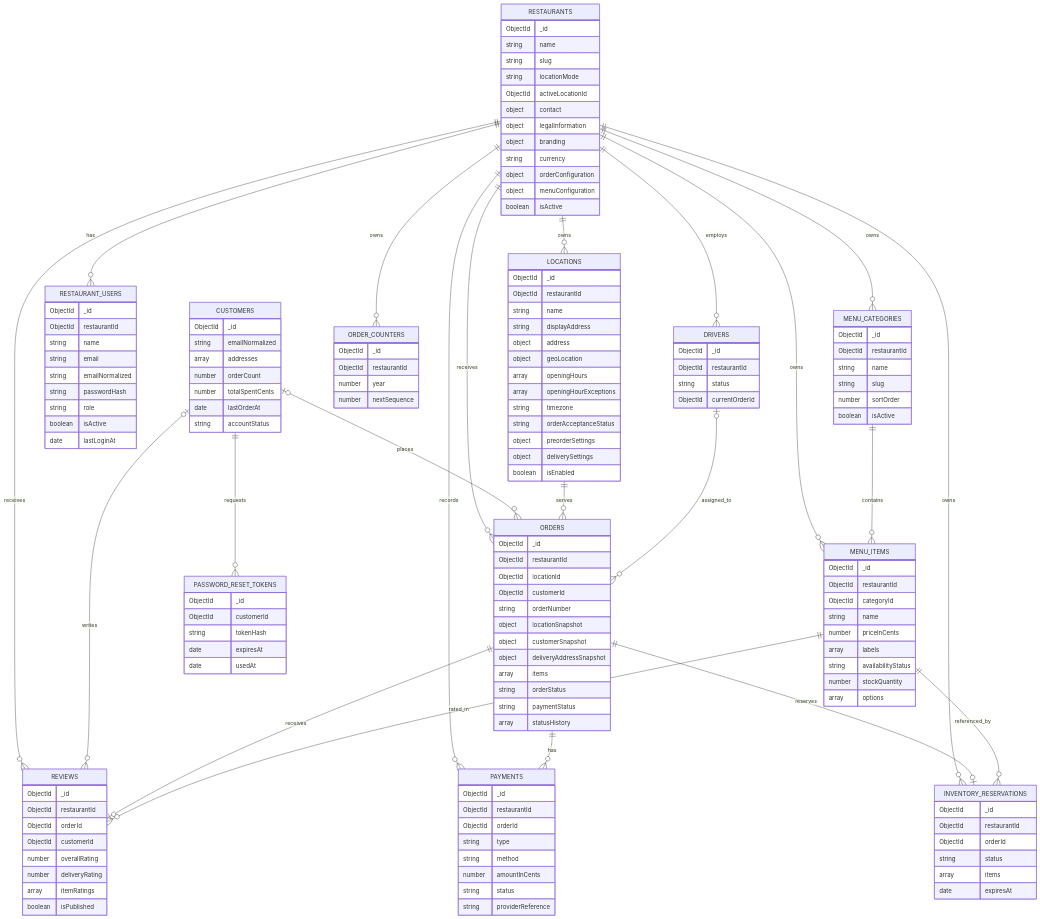
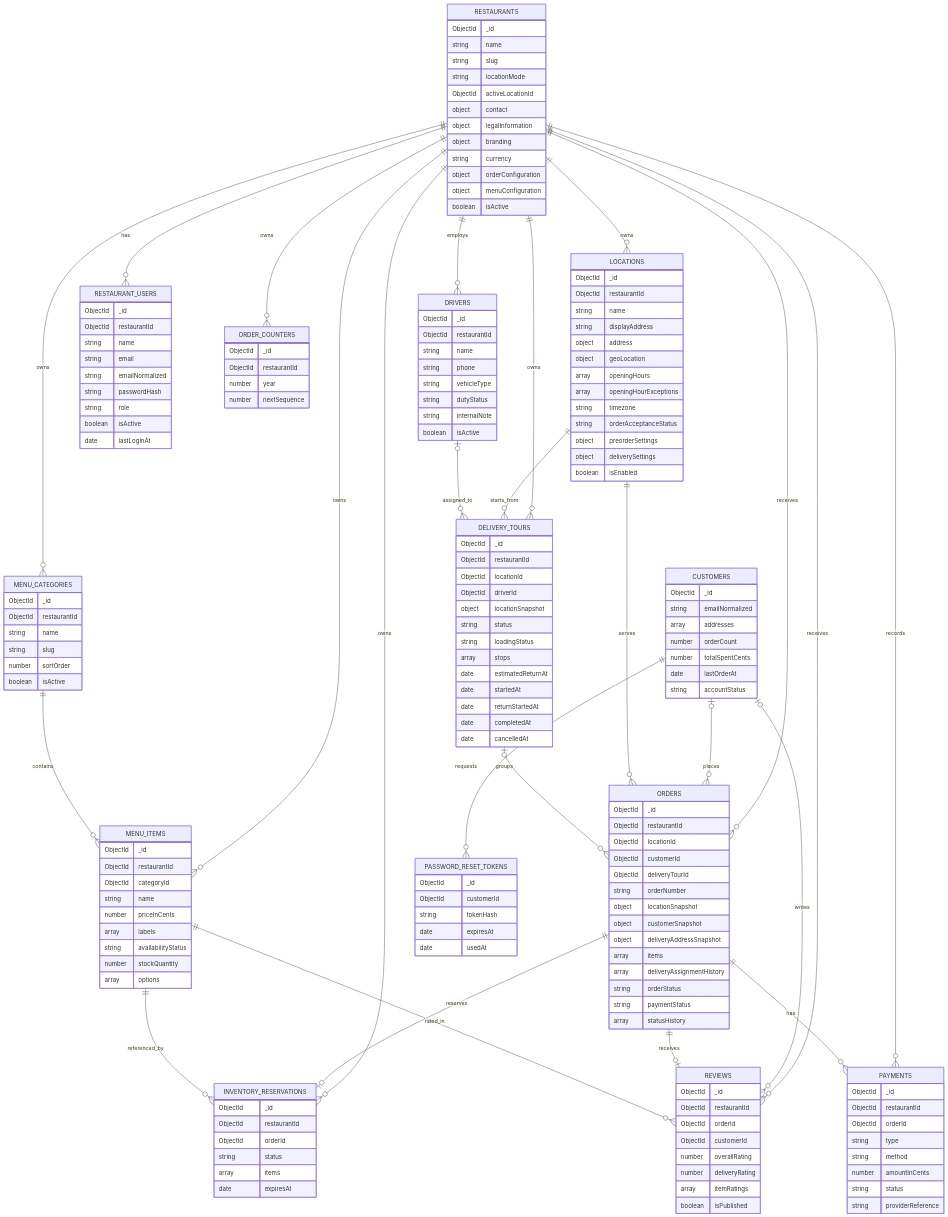
The diagram in docs/database-uml.md (MartinDrus/foodpilot), drawn with Mermaid before and after one commit. The commit also changed other lines of this file, not shown here.

Commit message:
Enhance UML with delivery tours and driver attributes
Added relationships for delivery tours and updated driver details.

````diff
--- a/docs/database-uml.md
+++ b/docs/database-uml.md
@@ -14,6 +14,7 @@
     RESTAURANTS ||--o{ ORDER_COUNTERS : owns
     RESTAURANTS ||--o{ REVIEWS : receives
     RESTAURANTS ||--o{ DRIVERS : employs
+    RESTAURANTS ||--o{ DELIVERY_TOURS : owns
 
     MENU_CATEGORIES ||--o{ MENU_ITEMS : contains
 
@@ -22,6 +23,7 @@
     CUSTOMERS o|--o{ REVIEWS : writes
 
     LOCATIONS ||--o{ ORDERS : serves
+    LOCATIONS ||--o{ DELIVERY_TOURS : starts_from
 
     ORDERS ||--o{ PAYMENTS : has
     ORDERS ||--o| INVENTORY_RESERVATIONS : reserves
@@ -30,7 +32,8 @@
     MENU_ITEMS ||--o{ INVENTORY_RESERVATIONS : referenced_by
     MENU_ITEMS ||--o{ REVIEWS : rated_in
 
-    DRIVERS o|--o{ ORDERS : assigned_to
+    DRIVERS o|--o{ DELIVERY_TOURS : assigned_to
+    DELIVERY_TOURS o|--o{ ORDERS : groups
 
     RESTAURANTS {
         ObjectId _id
@@ -119,11 +122,13 @@
         ObjectId restaurantId
         ObjectId locationId
         ObjectId customerId
+        ObjectId deliveryTourId
         string orderNumber
         object locationSnapshot
         object customerSnapshot
         object deliveryAddressSnapshot
         array items
+        array deliveryAssignmentHistory
         string orderStatus
         string paymentStatus
         array statusHistory
@@ -170,7 +175,27 @@
     DRIVERS {
         ObjectId _id
         ObjectId restaurantId
+        string name
+        string phone
+        string vehicleType
+        string dutyStatus
+        string internalNote
+        boolean isActive
+    }
+
+    DELIVERY_TOURS {
+        ObjectId _id
+        ObjectId restaurantId
+        ObjectId locationId
+        ObjectId driverId
+        object locationSnapshot
         string status
-        ObjectId currentOrderId
+        string loadingStatus
+        array stops
+        date estimatedReturnAt
+        date startedAt
+        date returnStartedAt
+        date completedAt
+        date cancelledAt
     }
 ```
````
